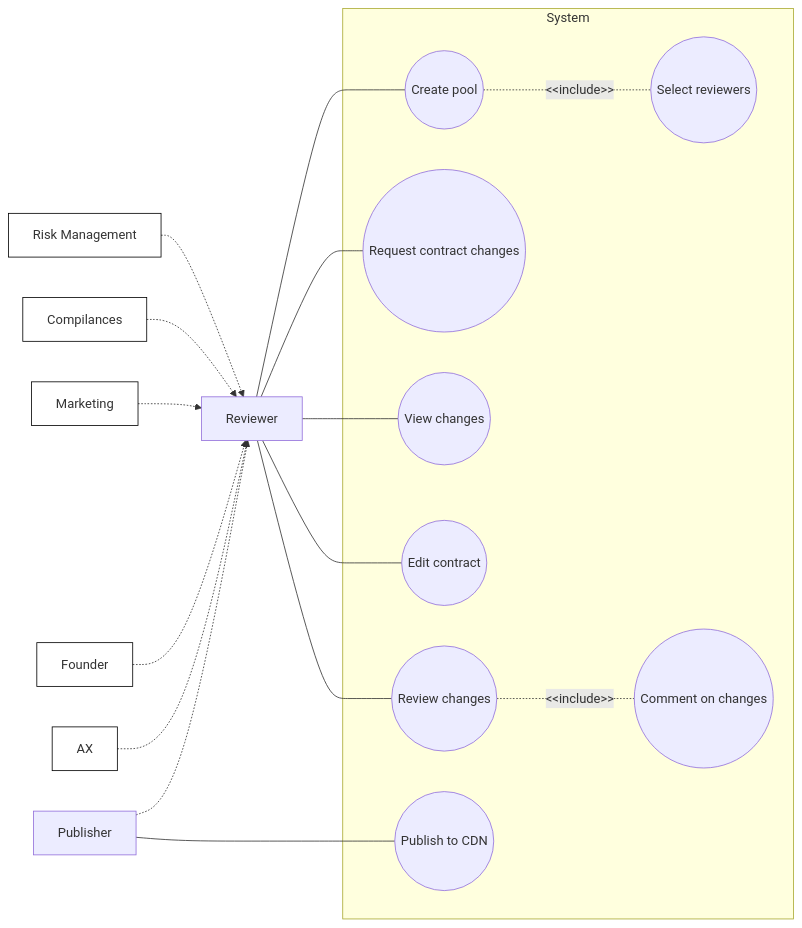
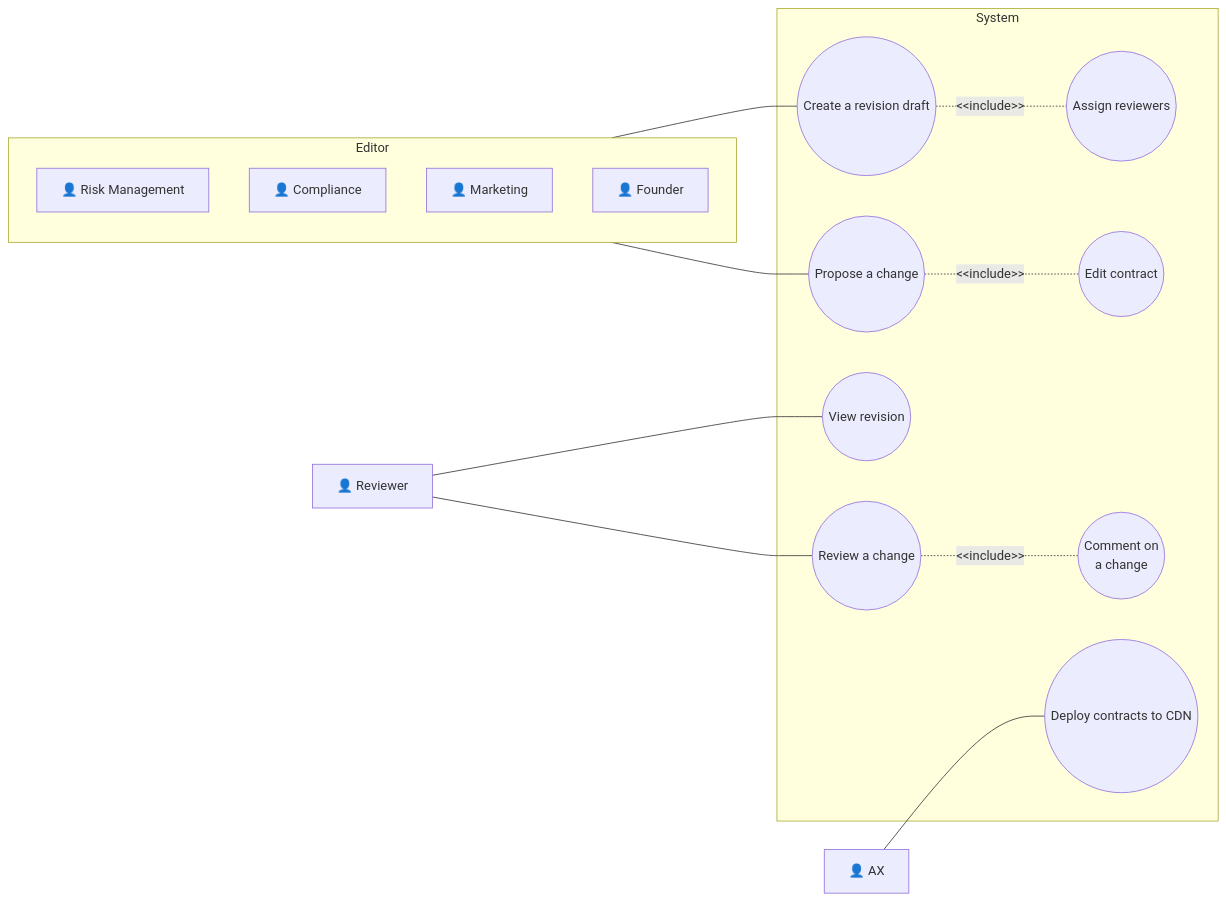
One commit to Jittapeak/jitta-contract-diagrams changed the diagram in docs/usecase.md. Above: the diagram before and after it, drawn with Mermaid.

Commit message:
feat: role based, emphasize usecase

````diff
--- a/docs/usecase.md
+++ b/docs/usecase.md
@@ -2,30 +4,25 @@
 ```mermaid
 flowchart LR
  subgraph System["System"]
-        UC0(("Create pool"))
-        UC1(("Request contract changes"))
-        UC2(("Select reviewers"))
+        UC0(("Create a revision draft"))
+        UC1(("Propose a change"))
+        UC2(("Assign reviewers"))
         UC3(("Edit contract"))
-        UC4(("Comment on changes"))
-        UC5(("View changes"))
-        UC6(("Publish to CDN"))
-        UC7(("Review changes"))
+        UC4(("Comment on\na change"))
+        UC5(("View revision"))
+        UC6(("Deploy contracts to CDN"))
+        UC7(("Review a change"))
   end
-    Risk["Risk Management"] -.-> Re["Reviewer"]
-    Co["Compilances"] -.-> Re
-    Market["Marketing"] -.-> Re
-    Founder["Founder"] -.-> Re
-    AX["AX"] -.-> Re
-    Publisher["Publisher"] -.-> Re
-    Publisher --- UC6
-    
-    Re --- UC0 & UC1 & UC5 & UC3 & UC7
-    UC0 -. &lt;&lt;include&gt;&gt; .- UC2
-    UC7 -. &lt;&lt;include&gt;&gt; .- UC4
-
-    style Risk stroke:#000000,fill:transparent,stroke-width:1px,stroke-dasharray: 0
-    style Co stroke:#000000,fill:transparent,stroke-width:1px,stroke-dasharray: 0
-    style Market stroke:#000000,fill:transparent,stroke-width:1px,stroke-dasharray: 0
-    style Founder stroke:#000000,fill:transparent,stroke-width:1px,stroke-dasharray: 0
-    style AX stroke:#000000,fill:transparent,stroke-width:1px,stroke-dasharray: 0
+ subgraph Editor["Editor"]
+        Risk["👤 Risk Management"]
+        Co["👤 Compliance"]
+        Market["👤 Marketing"]
+        Founder["👤 Founder"]
+  end
+    Editor --- UC0  & UC1
+    Re["👤 Reviewer"] --- UC5 & UC7
+    AX["👤 AX"] --- UC6
+    UC0 -. &lt;&lt;include>> .- UC2
+    UC1 -. &lt;&lt;include>> .- UC3
+    UC7 -. &lt;&lt;include>> .- UC4
 ```
````
